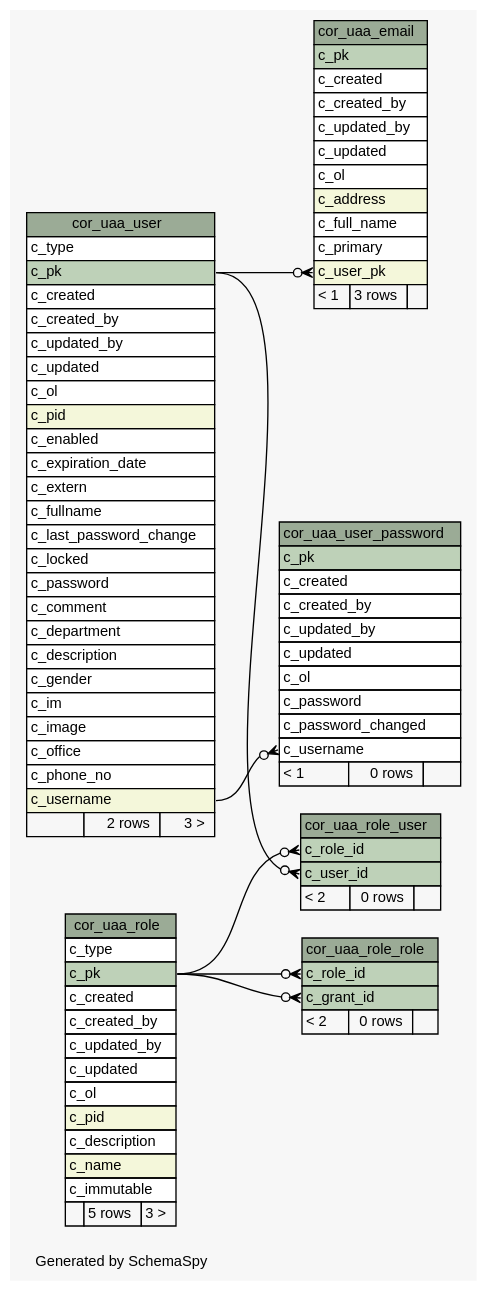
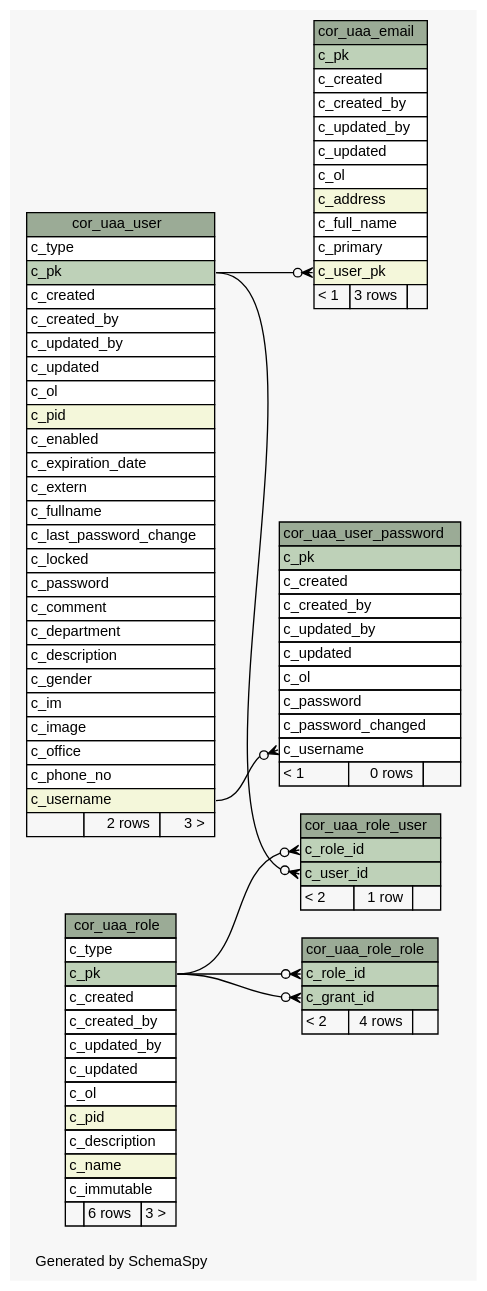
The diagram in 2.0.0-SNAPSHOT/schemaspy/diagrams/summary/relationships.real.large.dot (openwms/org.openwms.core.uaa.lib), drawn with Graphviz before and after one commit. The commit also changed 226 other files, not shown here.

```diff
--- a/2.0.0-SNAPSHOT/schemaspy/diagrams/summary/relationships.real.large.dot
+++ b/2.0.0-SNAPSHOT/schemaspy/diagrams/summary/relationships.real.large.dot
@@ -1,140 +1,140 @@
 // dot 2.43.0 on Linux 6.2.0-1018-azure
 // SchemaSpy rev Unknown
 digraph "largeRelationshipsDiagram" {
   graph [
     rankdir="RL"
     bgcolor="#f7f7f7"
     label="\nGenerated by SchemaSpy"
     labeljust="l"
     nodesep="0.18"
     ranksep="0.46"
     fontname="Helvetica"
     fontsize="11"
   ];
   node [
     fontname="Helvetica"
     fontsize="11"
     shape="plaintext"
   ];
   edge [
     arrowsize="0.8"
   ];
   "cor_uaa_email" [
     label=<
     <TABLE BORDER="0" CELLBORDER="1" CELLSPACING="0" BGCOLOR="#ffffff">
       <TR><TD COLSPAN="3" BGCOLOR="#9bab96" ALIGN="CENTER">cor_uaa_email</TD></TR>
       <TR><TD PORT="c_pk" COLSPAN="3" BGCOLOR="#bed1b8" ALIGN="LEFT">c_pk</TD></TR>
       <TR><TD PORT="c_created" COLSPAN="3" ALIGN="LEFT">c_created</TD></TR>
       <TR><TD PORT="c_created_by" COLSPAN="3" ALIGN="LEFT">c_created_by</TD></TR>
       <TR><TD PORT="c_updated_by" COLSPAN="3" ALIGN="LEFT">c_updated_by</TD></TR>
       <TR><TD PORT="c_updated" COLSPAN="3" ALIGN="LEFT">c_updated</TD></TR>
       <TR><TD PORT="c_ol" COLSPAN="3" ALIGN="LEFT">c_ol</TD></TR>
       <TR><TD PORT="c_address" COLSPAN="3" BGCOLOR="#f4f7da" ALIGN="LEFT">c_address</TD></TR>
       <TR><TD PORT="c_full_name" COLSPAN="3" ALIGN="LEFT">c_full_name</TD></TR>
       <TR><TD PORT="c_primary" COLSPAN="3" ALIGN="LEFT">c_primary</TD></TR>
       <TR><TD PORT="c_user_pk" COLSPAN="3" BGCOLOR="#f4f7da" ALIGN="LEFT">c_user_pk</TD></TR>
       <TR><TD ALIGN="LEFT" BGCOLOR="#f7f7f7">&lt; 1</TD><TD ALIGN="RIGHT" BGCOLOR="#f7f7f7">3 rows</TD><TD ALIGN="RIGHT" BGCOLOR="#f7f7f7">  </TD></TR>
     </TABLE>>
     URL="tables/cor_uaa_email.html"
     tooltip="cor_uaa_email"
   ];
   "cor_uaa_role" [
     label=<
     <TABLE BORDER="0" CELLBORDER="1" CELLSPACING="0" BGCOLOR="#ffffff">
       <TR><TD COLSPAN="3" BGCOLOR="#9bab96" ALIGN="CENTER">cor_uaa_role</TD></TR>
       <TR><TD PORT="c_type" COLSPAN="3" ALIGN="LEFT">c_type</TD></TR>
       <TR><TD PORT="c_pk" COLSPAN="3" BGCOLOR="#bed1b8" ALIGN="LEFT">c_pk</TD></TR>
       <TR><TD PORT="c_created" COLSPAN="3" ALIGN="LEFT">c_created</TD></TR>
       <TR><TD PORT="c_created_by" COLSPAN="3" ALIGN="LEFT">c_created_by</TD></TR>
       <TR><TD PORT="c_updated_by" COLSPAN="3" ALIGN="LEFT">c_updated_by</TD></TR>
       <TR><TD PORT="c_updated" COLSPAN="3" ALIGN="LEFT">c_updated</TD></TR>
       <TR><TD PORT="c_ol" COLSPAN="3" ALIGN="LEFT">c_ol</TD></TR>
       <TR><TD PORT="c_pid" COLSPAN="3" BGCOLOR="#f4f7da" ALIGN="LEFT">c_pid</TD></TR>
       <TR><TD PORT="c_description" COLSPAN="3" ALIGN="LEFT">c_description</TD></TR>
       <TR><TD PORT="c_name" COLSPAN="3" BGCOLOR="#f4f7da" ALIGN="LEFT">c_name</TD></TR>
       <TR><TD PORT="c_immutable" COLSPAN="3" ALIGN="LEFT">c_immutable</TD></TR>
-      <TR><TD ALIGN="LEFT" BGCOLOR="#f7f7f7">  </TD><TD ALIGN="RIGHT" BGCOLOR="#f7f7f7">5 rows</TD><TD ALIGN="RIGHT" BGCOLOR="#f7f7f7">3 &gt;</TD></TR>
+      <TR><TD ALIGN="LEFT" BGCOLOR="#f7f7f7">  </TD><TD ALIGN="RIGHT" BGCOLOR="#f7f7f7">6 rows</TD><TD ALIGN="RIGHT" BGCOLOR="#f7f7f7">3 &gt;</TD></TR>
     </TABLE>>
     URL="tables/cor_uaa_role.html"
     tooltip="cor_uaa_role"
   ];
   "cor_uaa_role_role" [
     label=<
     <TABLE BORDER="0" CELLBORDER="1" CELLSPACING="0" BGCOLOR="#ffffff">
       <TR><TD COLSPAN="3" BGCOLOR="#9bab96" ALIGN="CENTER">cor_uaa_role_role</TD></TR>
       <TR><TD PORT="c_role_id" COLSPAN="3" BGCOLOR="#bed1b8" ALIGN="LEFT">c_role_id</TD></TR>
       <TR><TD PORT="c_grant_id" COLSPAN="3" BGCOLOR="#bed1b8" ALIGN="LEFT">c_grant_id</TD></TR>
-      <TR><TD ALIGN="LEFT" BGCOLOR="#f7f7f7">&lt; 2</TD><TD ALIGN="RIGHT" BGCOLOR="#f7f7f7">0 rows</TD><TD ALIGN="RIGHT" BGCOLOR="#f7f7f7">  </TD></TR>
+      <TR><TD ALIGN="LEFT" BGCOLOR="#f7f7f7">&lt; 2</TD><TD ALIGN="RIGHT" BGCOLOR="#f7f7f7">4 rows</TD><TD ALIGN="RIGHT" BGCOLOR="#f7f7f7">  </TD></TR>
     </TABLE>>
     URL="tables/cor_uaa_role_role.html"
     tooltip="cor_uaa_role_role"
   ];
   "cor_uaa_role_user" [
     label=<
     <TABLE BORDER="0" CELLBORDER="1" CELLSPACING="0" BGCOLOR="#ffffff">
       <TR><TD COLSPAN="3" BGCOLOR="#9bab96" ALIGN="CENTER">cor_uaa_role_user</TD></TR>
       <TR><TD PORT="c_role_id" COLSPAN="3" BGCOLOR="#bed1b8" ALIGN="LEFT">c_role_id</TD></TR>
       <TR><TD PORT="c_user_id" COLSPAN="3" BGCOLOR="#bed1b8" ALIGN="LEFT">c_user_id</TD></TR>
-      <TR><TD ALIGN="LEFT" BGCOLOR="#f7f7f7">&lt; 2</TD><TD ALIGN="RIGHT" BGCOLOR="#f7f7f7">0 rows</TD><TD ALIGN="RIGHT" BGCOLOR="#f7f7f7">  </TD></TR>
+      <TR><TD ALIGN="LEFT" BGCOLOR="#f7f7f7">&lt; 2</TD><TD ALIGN="RIGHT" BGCOLOR="#f7f7f7">1 row</TD><TD ALIGN="RIGHT" BGCOLOR="#f7f7f7">  </TD></TR>
     </TABLE>>
     URL="tables/cor_uaa_role_user.html"
     tooltip="cor_uaa_role_user"
   ];
   "cor_uaa_user" [
     label=<
     <TABLE BORDER="0" CELLBORDER="1" CELLSPACING="0" BGCOLOR="#ffffff">
       <TR><TD COLSPAN="3" BGCOLOR="#9bab96" ALIGN="CENTER">cor_uaa_user</TD></TR>
       <TR><TD PORT="c_type" COLSPAN="3" ALIGN="LEFT">c_type</TD></TR>
       <TR><TD PORT="c_pk" COLSPAN="3" BGCOLOR="#bed1b8" ALIGN="LEFT">c_pk</TD></TR>
       <TR><TD PORT="c_created" COLSPAN="3" ALIGN="LEFT">c_created</TD></TR>
       <TR><TD PORT="c_created_by" COLSPAN="3" ALIGN="LEFT">c_created_by</TD></TR>
       <TR><TD PORT="c_updated_by" COLSPAN="3" ALIGN="LEFT">c_updated_by</TD></TR>
       <TR><TD PORT="c_updated" COLSPAN="3" ALIGN="LEFT">c_updated</TD></TR>
       <TR><TD PORT="c_ol" COLSPAN="3" ALIGN="LEFT">c_ol</TD></TR>
       <TR><TD PORT="c_pid" COLSPAN="3" BGCOLOR="#f4f7da" ALIGN="LEFT">c_pid</TD></TR>
       <TR><TD PORT="c_enabled" COLSPAN="3" ALIGN="LEFT">c_enabled</TD></TR>
       <TR><TD PORT="c_expiration_date" COLSPAN="3" ALIGN="LEFT">c_expiration_date</TD></TR>
       <TR><TD PORT="c_extern" COLSPAN="3" ALIGN="LEFT">c_extern</TD></TR>
       <TR><TD PORT="c_fullname" COLSPAN="3" ALIGN="LEFT">c_fullname</TD></TR>
       <TR><TD PORT="c_last_password_change" COLSPAN="3" ALIGN="LEFT">c_last_password_change</TD></TR>
       <TR><TD PORT="c_locked" COLSPAN="3" ALIGN="LEFT">c_locked</TD></TR>
       <TR><TD PORT="c_password" COLSPAN="3" ALIGN="LEFT">c_password</TD></TR>
       <TR><TD PORT="c_comment" COLSPAN="3" ALIGN="LEFT">c_comment</TD></TR>
       <TR><TD PORT="c_department" COLSPAN="3" ALIGN="LEFT">c_department</TD></TR>
       <TR><TD PORT="c_description" COLSPAN="3" ALIGN="LEFT">c_description</TD></TR>
       <TR><TD PORT="c_gender" COLSPAN="3" ALIGN="LEFT">c_gender</TD></TR>
       <TR><TD PORT="c_im" COLSPAN="3" ALIGN="LEFT">c_im</TD></TR>
       <TR><TD PORT="c_image" COLSPAN="3" ALIGN="LEFT">c_image</TD></TR>
       <TR><TD PORT="c_office" COLSPAN="3" ALIGN="LEFT">c_office</TD></TR>
       <TR><TD PORT="c_phone_no" COLSPAN="3" ALIGN="LEFT">c_phone_no</TD></TR>
       <TR><TD PORT="c_username" COLSPAN="3" BGCOLOR="#f4f7da" ALIGN="LEFT">c_username</TD></TR>
       <TR><TD ALIGN="LEFT" BGCOLOR="#f7f7f7">  </TD><TD ALIGN="RIGHT" BGCOLOR="#f7f7f7">2 rows</TD><TD ALIGN="RIGHT" BGCOLOR="#f7f7f7">3 &gt;</TD></TR>
     </TABLE>>
     URL="tables/cor_uaa_user.html"
     tooltip="cor_uaa_user"
   ];
   "cor_uaa_user_password" [
     label=<
     <TABLE BORDER="0" CELLBORDER="1" CELLSPACING="0" BGCOLOR="#ffffff">
       <TR><TD COLSPAN="3" BGCOLOR="#9bab96" ALIGN="CENTER">cor_uaa_user_password</TD></TR>
       <TR><TD PORT="c_pk" COLSPAN="3" BGCOLOR="#bed1b8" ALIGN="LEFT">c_pk</TD></TR>
       <TR><TD PORT="c_created" COLSPAN="3" ALIGN="LEFT">c_created</TD></TR>
       <TR><TD PORT="c_created_by" COLSPAN="3" ALIGN="LEFT">c_created_by</TD></TR>
       <TR><TD PORT="c_updated_by" COLSPAN="3" ALIGN="LEFT">c_updated_by</TD></TR>
       <TR><TD PORT="c_updated" COLSPAN="3" ALIGN="LEFT">c_updated</TD></TR>
       <TR><TD PORT="c_ol" COLSPAN="3" ALIGN="LEFT">c_ol</TD></TR>
       <TR><TD PORT="c_password" COLSPAN="3" ALIGN="LEFT">c_password</TD></TR>
       <TR><TD PORT="c_password_changed" COLSPAN="3" ALIGN="LEFT">c_password_changed</TD></TR>
       <TR><TD PORT="c_username" COLSPAN="3" ALIGN="LEFT">c_username</TD></TR>
       <TR><TD ALIGN="LEFT" BGCOLOR="#f7f7f7">&lt; 1</TD><TD ALIGN="RIGHT" BGCOLOR="#f7f7f7">0 rows</TD><TD ALIGN="RIGHT" BGCOLOR="#f7f7f7">  </TD></TR>
     </TABLE>>
     URL="tables/cor_uaa_user_password.html"
     tooltip="cor_uaa_user_password"
   ];
   "cor_uaa_email":"c_user_pk":w -> "cor_uaa_user":"c_pk":e [arrowhead=none dir=back arrowtail=crowodot];
   "cor_uaa_role_role":"c_grant_id":w -> "cor_uaa_role":"c_pk":e [arrowhead=none dir=back arrowtail=crowodot];
   "cor_uaa_role_role":"c_role_id":w -> "cor_uaa_role":"c_pk":e [arrowhead=none dir=back arrowtail=crowodot];
   "cor_uaa_role_user":"c_role_id":w -> "cor_uaa_role":"c_pk":e [arrowhead=none dir=back arrowtail=crowodot];
   "cor_uaa_role_user":"c_user_id":w -> "cor_uaa_user":"c_pk":e [arrowhead=none dir=back arrowtail=crowodot];
   "cor_uaa_user_password":"c_username":w -> "cor_uaa_user":"c_username":e [arrowhead=none dir=back arrowtail=crowodot];
 }
```
